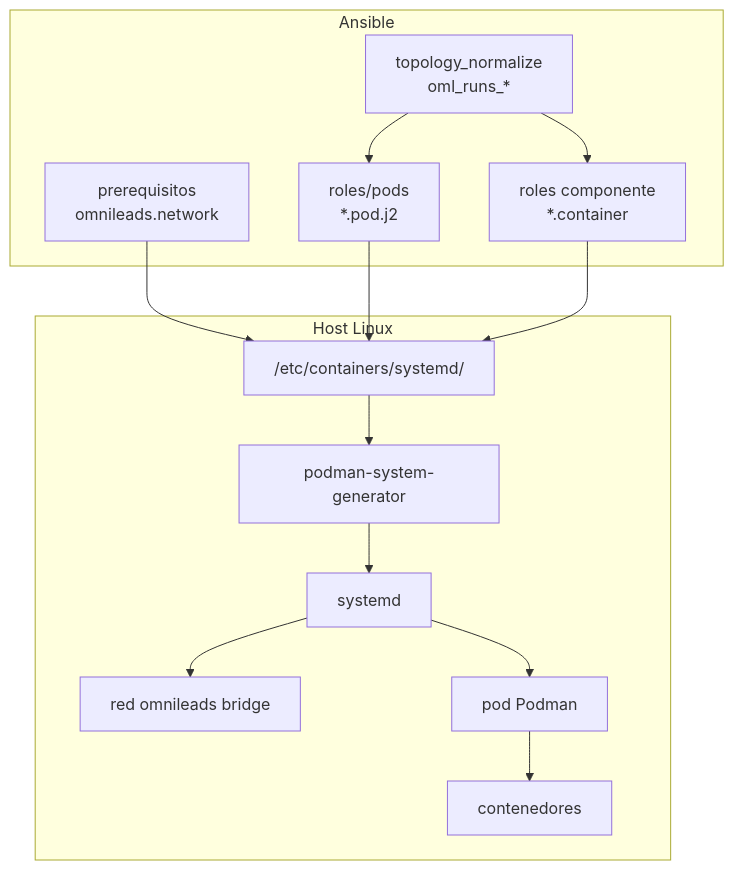
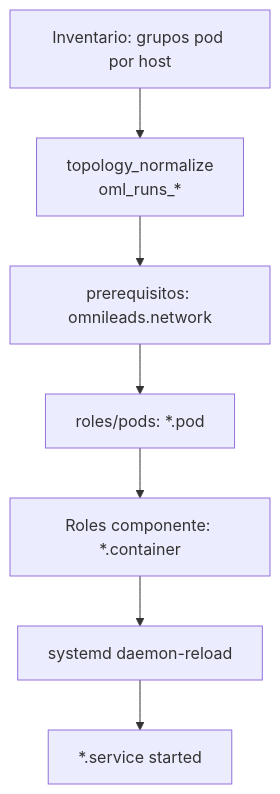
Before and after one commit to Freetech-Solutions/omldeploytool: the diagram in ansible/docs/pods.md, drawn with Mermaid. The commit also changed other lines of this file and 79 other files, not shown here.

Commit message:
iso27001 pipeline & acd net mode host

````diff
--- a/ansible/docs/pods.md
+++ b/ansible/docs/pods.md
@@ -35,29 +77,9 @@
 ```mermaid
-flowchart TB
-  subgraph ansible [Ansible]
-    TN[topology_normalize<br/>oml_runs_*]
-    PR[prerequisitos<br/>omnileads.network]
-    POD[roles/pods<br/>*.pod.j2]
-    COMP[roles componente<br/>*.container]
-  end
-
-  subgraph host [Host Linux]
-    QDIR["/etc/containers/systemd/"]
-    GEN[podman-system-generator]
-    SD[systemd]
-    NET[red omnileads bridge]
-    P[pod Podman]
-    C[contenedores]
-  end
-
-  TN --> POD
-  TN --> COMP
-  PR --> QDIR
-  POD --> QDIR
-  COMP --> QDIR
-  QDIR --> GEN
-  GEN --> SD
-  SD --> NET
-  SD --> P
-  P --> C
+flowchart TD
+    INV[Inventario: grupos pod por host] --> TOPO[topology_normalize<br/>oml_runs_*]
+    TOPO --> NET[prerequisitos: omnileads.network]
+    NET --> PODS[roles/pods: *.pod]
+    PODS --> COMP[Roles componente: *.container]
+    COMP --> SD[systemd daemon-reload]
+    SD --> RUN[*.service started]
 ```
````
